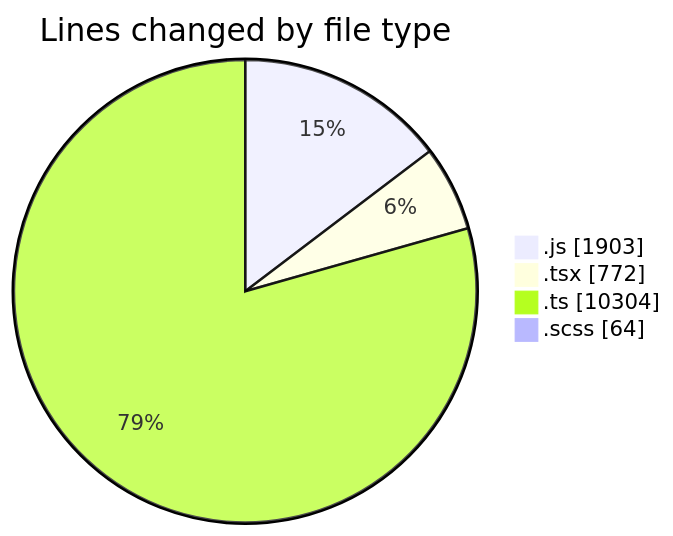
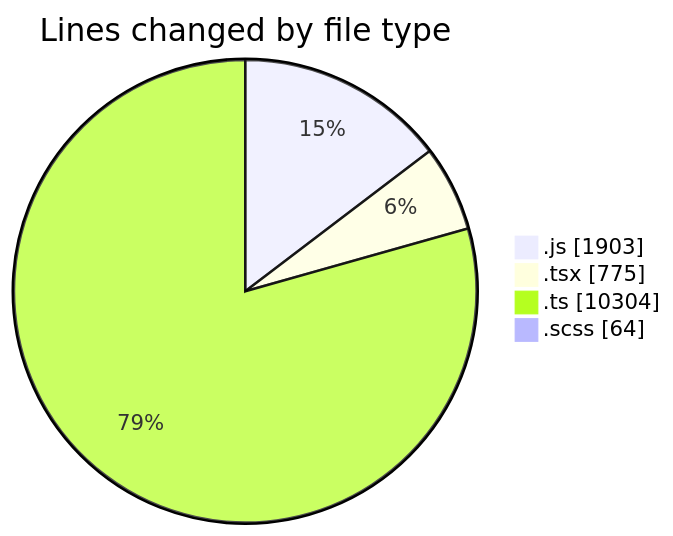
One commit to momahboobian/code-tracking changed the first of 2 diagrams in 2025-03-13/cda/README.md. Above: the diagram before and after it, drawn with Mermaid. The commit also changed other lines of this file and 1 other file, not shown here.

````diff
--- a/2025-03-13/cda/README.md
+++ b/2025-03-13/cda/README.md
@@ -33,8 +33,8 @@
 ```mermaid
 pie showData
 title Lines changed by file type
 ".js" : 1903
-".tsx" : 772
+".tsx" : 775
 ".ts" : 10304
 ".scss" : 64
 ```
````
